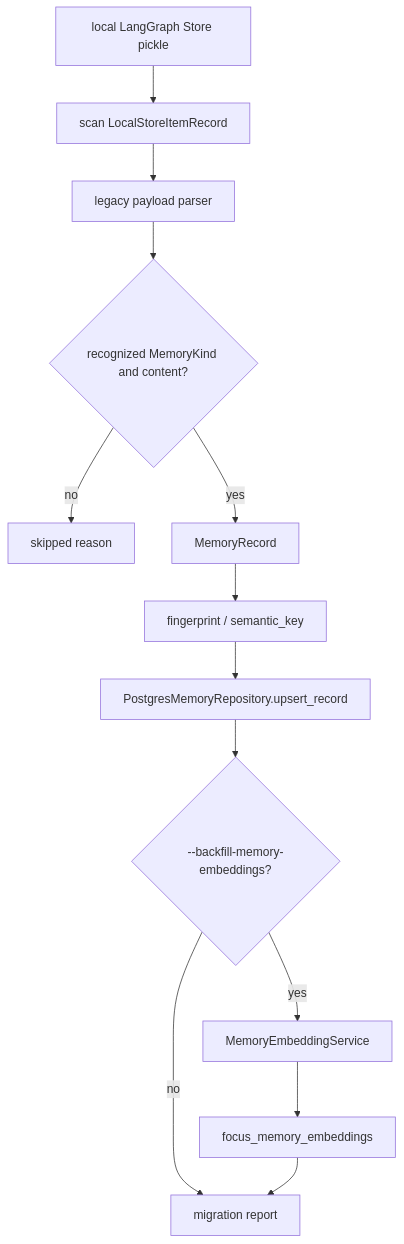
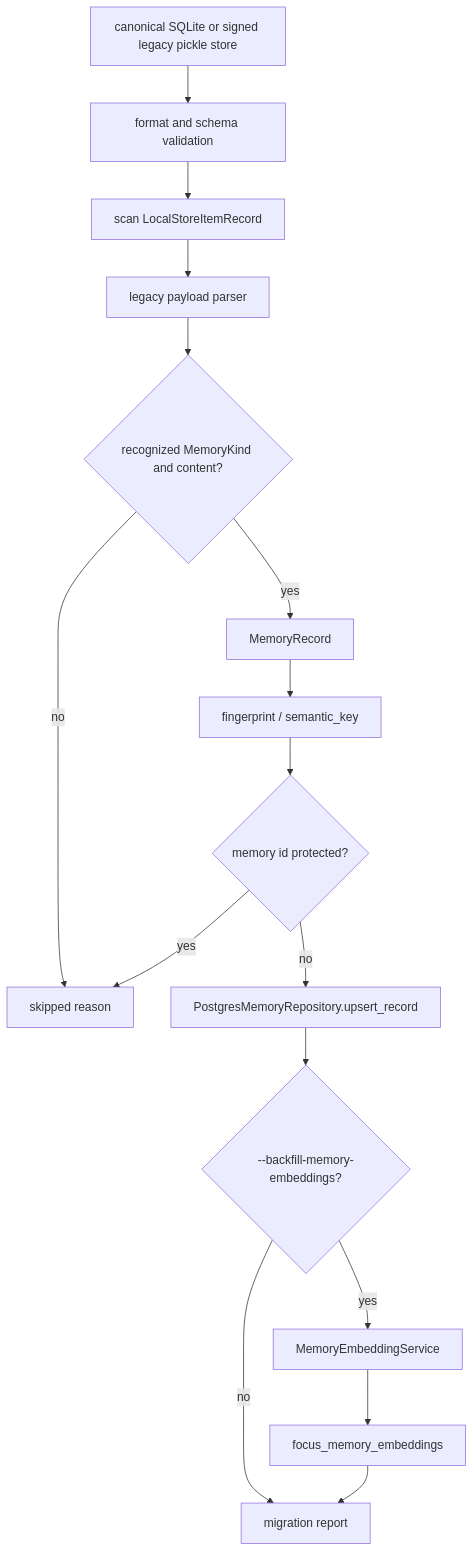
One commit to William-zgx/focus-agent changed diagram 12 of 12 in docs/memory-system-v2.md. Above: the diagram before and after it, drawn with Mermaid. The commit also changed other lines of this file and 28 other files, not shown here.

````diff
--- a/docs/memory-system-v2.md
+++ b/docs/memory-system-v2.md
@@ -838,15 +849,18 @@
 ```mermaid
 flowchart TD
-    Local["local LangGraph Store pickle"] --> Scan["scan LocalStoreItemRecord"]
+    Local["canonical SQLite or signed legacy pickle store"] --> Detect["format and schema validation"]
+    Detect --> Scan["scan LocalStoreItemRecord"]
     Scan --> Parse["legacy payload parser"]
     Parse --> Valid{"recognized MemoryKind and content?"}
     Valid -- "no" --> Skip["skipped reason"]
     Valid -- "yes" --> Record["MemoryRecord"]
     Record --> Fingerprint["fingerprint / semantic_key"]
-    Fingerprint --> Repo["PostgresMemoryRepository.upsert_record"]
+    Fingerprint --> Tombstone{"memory id protected?"}
+    Tombstone -- "yes" --> Skip
+    Tombstone -- "no" --> Repo["PostgresMemoryRepository.upsert_record"]
     Repo --> Backfill{"--backfill-memory-embeddings?"}
     Backfill -- "no" --> Report["migration report"]
     Backfill -- "yes" --> EmbSvc["MemoryEmbeddingService"]
     EmbSvc --> Embeddings["focus_memory_embeddings"]
     Embeddings --> Report
 ```
````
